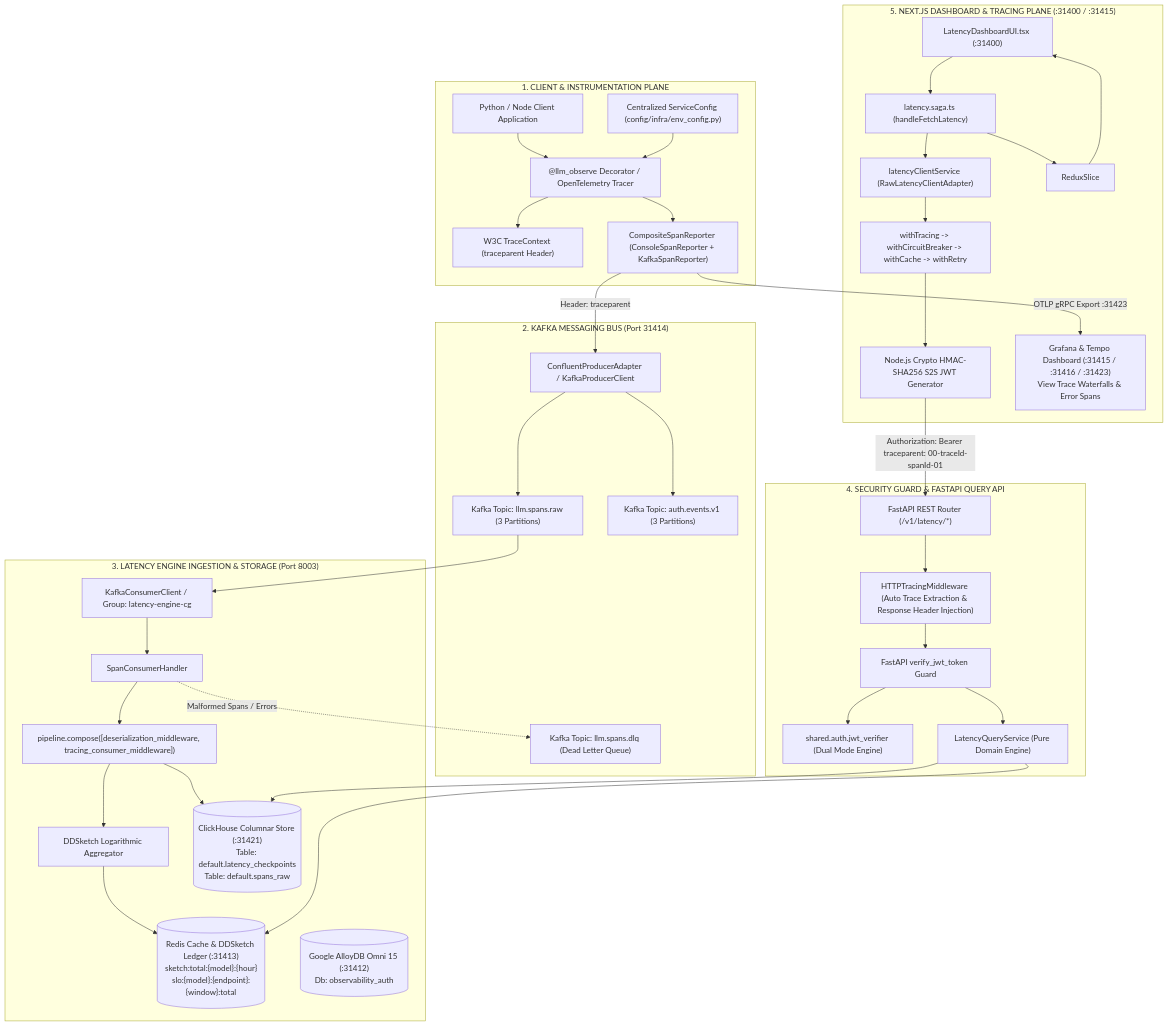
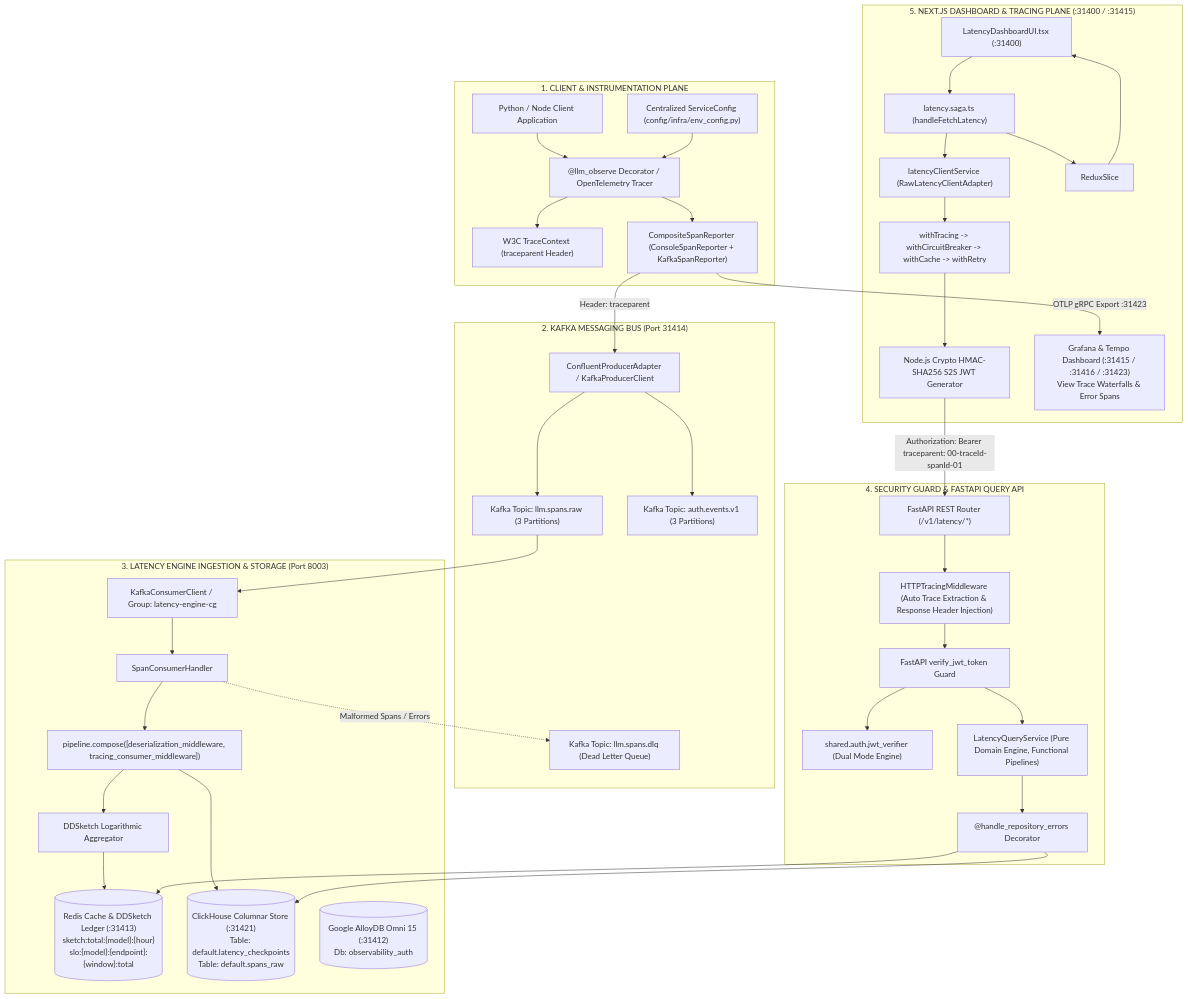
Before and after one commit to Chief-Strategist-J/llm-observability-platform: the first of 4 diagrams in packages/node/web-app/adr/0007-latency-engine-end-to-end-integration-and-security.md, drawn with Mermaid. The commit also changed other lines of this file and 4 other files, not shown here.

Commit message:
refactor(latency_query): centralize repository error handling with decorator, eliminate repetitive tracing and inline comments, use functional pipelines, and update ADR-0007

````diff
--- a/packages/node/web-app/adr/0007-latency-engine-end-to-end-integration-and-security.md
+++ b/packages/node/web-app/adr/0007-latency-engine-end-to-end-integration-and-security.md
@@ -28,77 +29,79 @@
 ```mermaid
 flowchart TD
     subgraph ClientAppPlane["1. CLIENT & INSTRUMENTATION PLANE"]
         UserApp["Python / Node Client Application"]
         SDKDecorator["@llm_observe Decorator / OpenTelemetry Tracer"]
         TracingContext["W3C TraceContext (traceparent Header)"]
         CompositeReporter["CompositeSpanReporter (ConsoleSpanReporter + KafkaSpanReporter)"]
         ConfigRegistry["Centralized ServiceConfig (config/infra/env_config.py)"]
 
         UserApp --> SDKDecorator
         ConfigRegistry --> SDKDecorator
         SDKDecorator --> TracingContext
         SDKDecorator --> CompositeReporter
     end
 
     subgraph KafkaPlane["2. KAFKA MESSAGING BUS (Port 31414)"]
         KafkaProducer["ConfluentProducerAdapter / KafkaProducerClient"]
         TopicRaw["Kafka Topic: llm.spans.raw (3 Partitions)"]
         TopicAuth["Kafka Topic: auth.events.v1 (3 Partitions)"]
         TopicDLQ["Kafka Topic: llm.spans.dlq (Dead Letter Queue)"]
 
         CompositeReporter -->|Header: traceparent| KafkaProducer
         KafkaProducer --> TopicRaw
         KafkaProducer --> TopicAuth
     end
 
     subgraph IngestionEnginePlane["3. LATENCY ENGINE INGESTION & STORAGE (Port 8003)"]
         KafkaConsumer["KafkaConsumerClient / Group: latency-engine-cg"]
         ConsumerPipeline["pipeline.compose([deserialization_middleware, tracing_consumer_middleware])"]
         SpanHandler["SpanConsumerHandler"]
         DDSketchEngine["DDSketch Logarithmic Aggregator"]
         RedisStore[("Redis Cache & DDSketch Ledger (:31413)\nsketch:total:{model}:{hour}\nslo:{model}:{endpoint}:{window}:total")]
         ClickHouseDB[("ClickHouse Columnar Store (:31421)\nTable: default.latency_checkpoints\nTable: default.spans_raw")]
         AlloyDB[("Google AlloyDB Omni 15 (:31412)\nDb: observability_auth")]
 
         TopicRaw --> KafkaConsumer
         KafkaConsumer --> SpanHandler
         SpanHandler --> ConsumerPipeline
         ConsumerPipeline --> DDSketchEngine
         DDSketchEngine --> RedisStore
         ConsumerPipeline --> ClickHouseDB
         SpanHandler -.->|Malformed Spans / Errors| TopicDLQ
     end
 
     subgraph SecurityAPIPlane["4. SECURITY GUARD & FASTAPI QUERY API"]
         FastAPI["FastAPI REST Router (/v1/latency/*)"]
         HTTPMiddleware["HTTPTracingMiddleware (Auto Trace Extraction & Response Header Injection)"]
         JWTGuard["FastAPI verify_jwt_token Guard"]
         JWTVerifier["shared.auth.jwt_verifier (Dual Mode Engine)"]
-        QueryService["LatencyQueryService (Pure Domain Engine)"]
+        QueryService["LatencyQueryService (Pure Domain Engine, Functional Pipelines)"]
+        RepoErrorHandler["@handle_repository_errors Decorator"]
 
         FastAPI --> HTTPMiddleware
         HTTPMiddleware --> JWTGuard
         JWTGuard --> JWTVerifier
         JWTGuard --> QueryService
-        QueryService --> RedisStore
-        QueryService --> ClickHouseDB
+        QueryService --> RepoErrorHandler
+        RepoErrorHandler --> RedisStore
+        RepoErrorHandler --> ClickHouseDB
     end
 
     subgraph WebAppPlane["5. NEXT.JS DASHBOARD & TRACING PLANE (:31400 / :31415)"]
         ReactUI["LatencyDashboardUI.tsx (:31400)"]
         ReduxSaga["latency.saga.ts (handleFetchLatency)"]
         ClientAdapter["latencyClientService (RawLatencyClientAdapter)"]
         ResilienceChain["withTracing -> withCircuitBreaker -> withCache -> withRetry"]
         S2SSigner["Node.js Crypto HMAC-SHA256 S2S JWT Generator"]
         GrafanaTempo["Grafana & Tempo Dashboard (:31415 / :31416 / :31423)\nView Trace Waterfalls & Error Spans"]
 
         ReactUI --> ReduxSaga
         ReduxSaga --> ClientAdapter
         ClientAdapter --> ResilienceChain
         ResilienceChain --> S2SSigner
         S2SSigner -->|Authorization: Bearer <S2S_JWT>\ntraceparent: 00-traceId-spanId-01| FastAPI
         CompositeReporter -->|OTLP gRPC Export :31423| GrafanaTempo
         ReduxSaga --> ReduxSlice
         ReduxSlice --> ReactUI
     end
 ```
````
